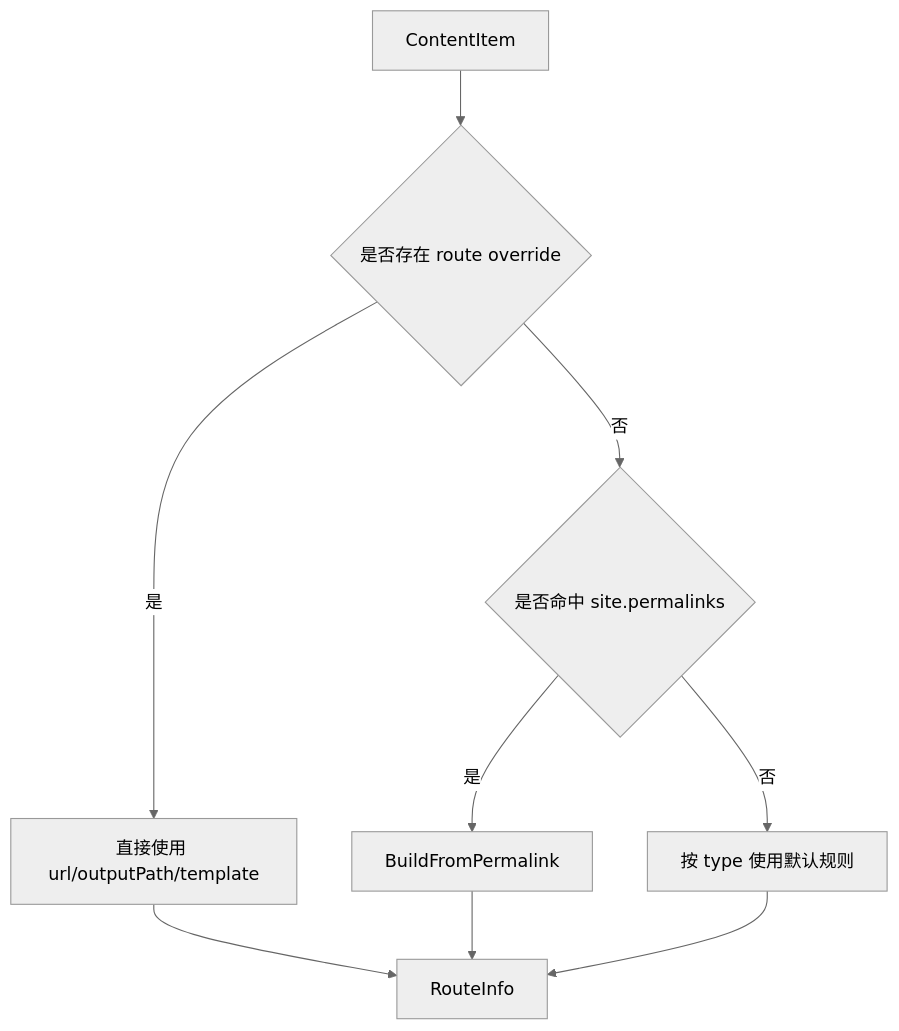
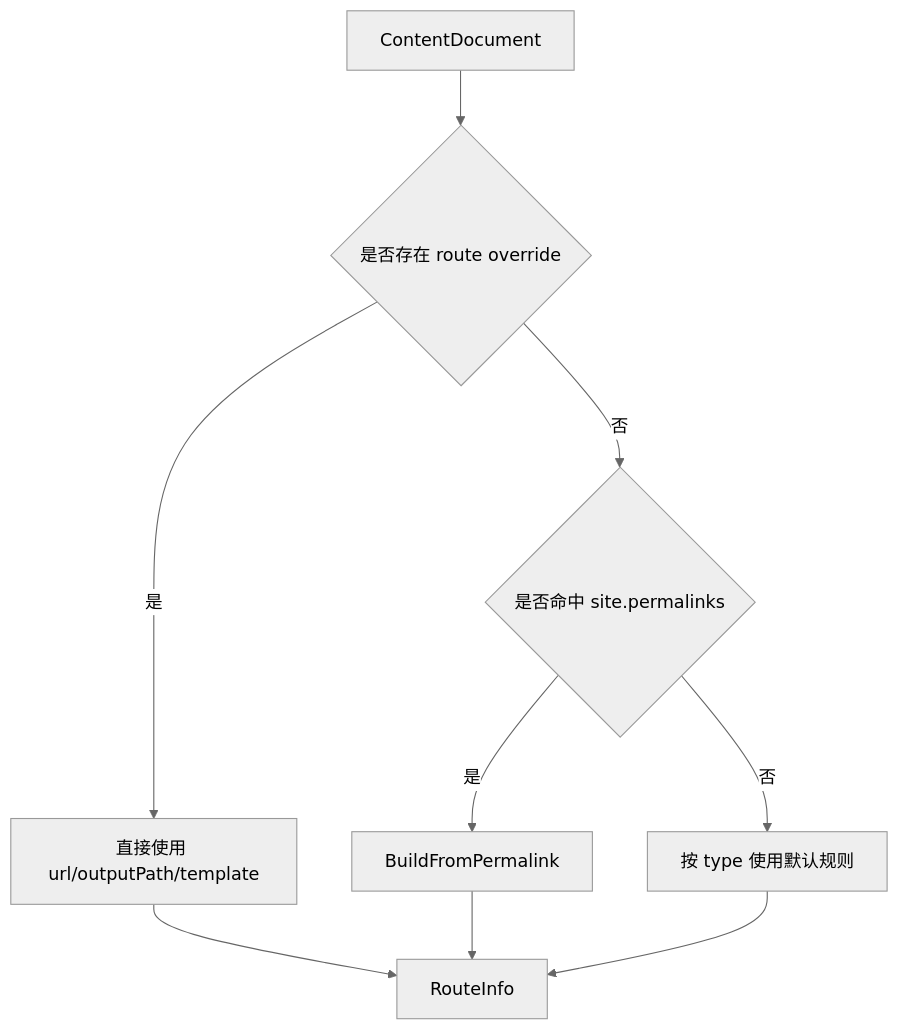
The ninth of 11 diagrams in guide/dev/code-wiki-call-graph.zh-CN.md (ALi365-SDN-BHD/Bukit), drawn with Mermaid (neutral theme) before and after one commit. The commit also changed other lines of this file and 33 other files, not shown here.

````diff
--- a/guide/dev/code-wiki-call-graph.zh-CN.md
+++ b/guide/dev/code-wiki-call-graph.zh-CN.md
@@ -226,11 +226,11 @@
 ```mermaid
 flowchart TD
-    A["ContentItem"] --> B{"是否存在 route override"}
+    A["ContentDocument"] --> B{"是否存在 route override"}
     B -- 是 --> C["直接使用 url/outputPath/template"]
     B -- 否 --> D{"是否命中 site.permalinks"}
     D -- 是 --> E["BuildFromPermalink"]
     D -- 否 --> F["按 type 使用默认规则"]
     C --> G["RouteInfo"]
     E --> G
     F --> G
 ```
````
